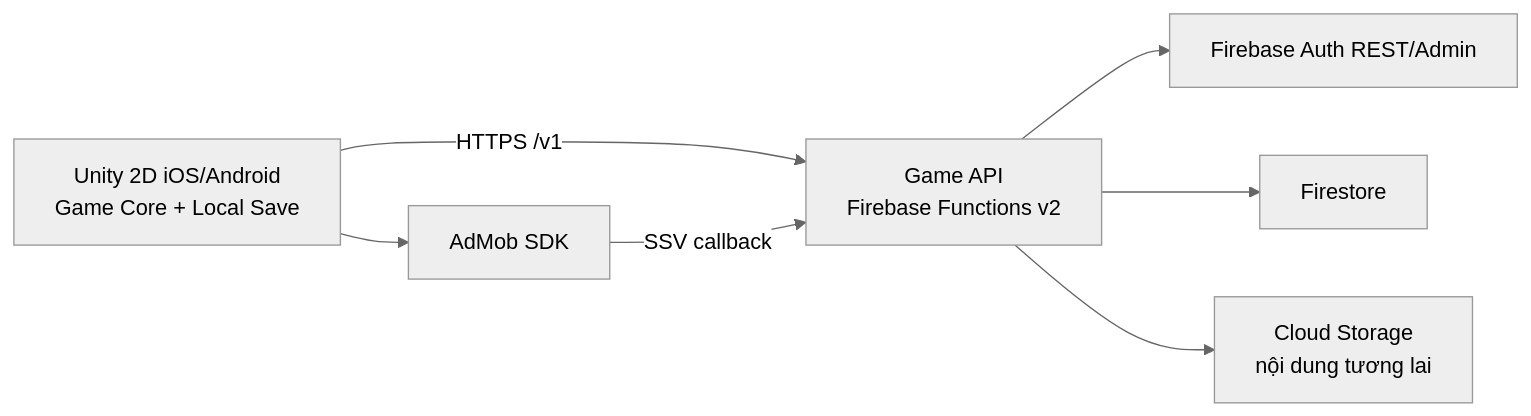
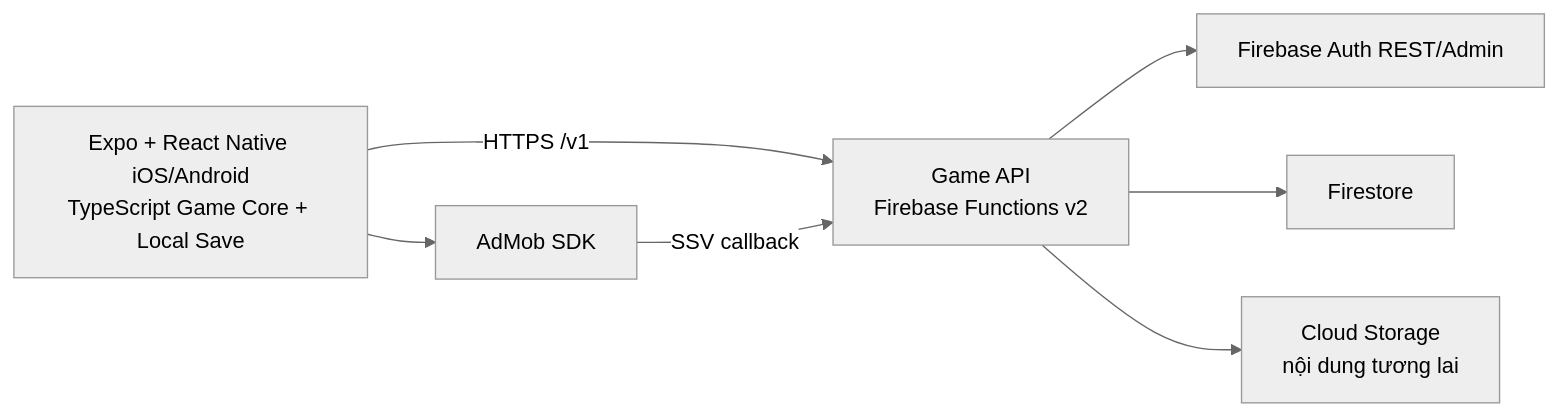
One commit to chunnc/sword-puzzle changed the diagram in SYSTEM_ARCHITECTURE.md. Above: the diagram before and after it, drawn with Mermaid (neutral theme). The commit also changed other lines of this file and 272 other files, not shown here.

Commit message:
feat(client): migrate Unity prototype to React Native

````diff
--- a/SYSTEM_ARCHITECTURE.md
+++ b/SYSTEM_ARCHITECTURE.md
@@ -5,9 +5,9 @@
 ```mermaid
 flowchart LR
-  C[Unity 2D iOS/Android<br/>Game Core + Local Save] -->|HTTPS /v1| A[Game API<br/>Firebase Functions v2]
+  C[Expo + React Native iOS/Android<br/>TypeScript Game Core + Local Save] -->|HTTPS /v1| A[Game API<br/>Firebase Functions v2]
   A --> F[Firebase Auth REST/Admin]
   A --> D[Firestore]
   A --> S[Cloud Storage<br/>nội dung tương lai]
   C --> M[AdMob SDK]
   M -->|SSV callback| A
 ```
````
